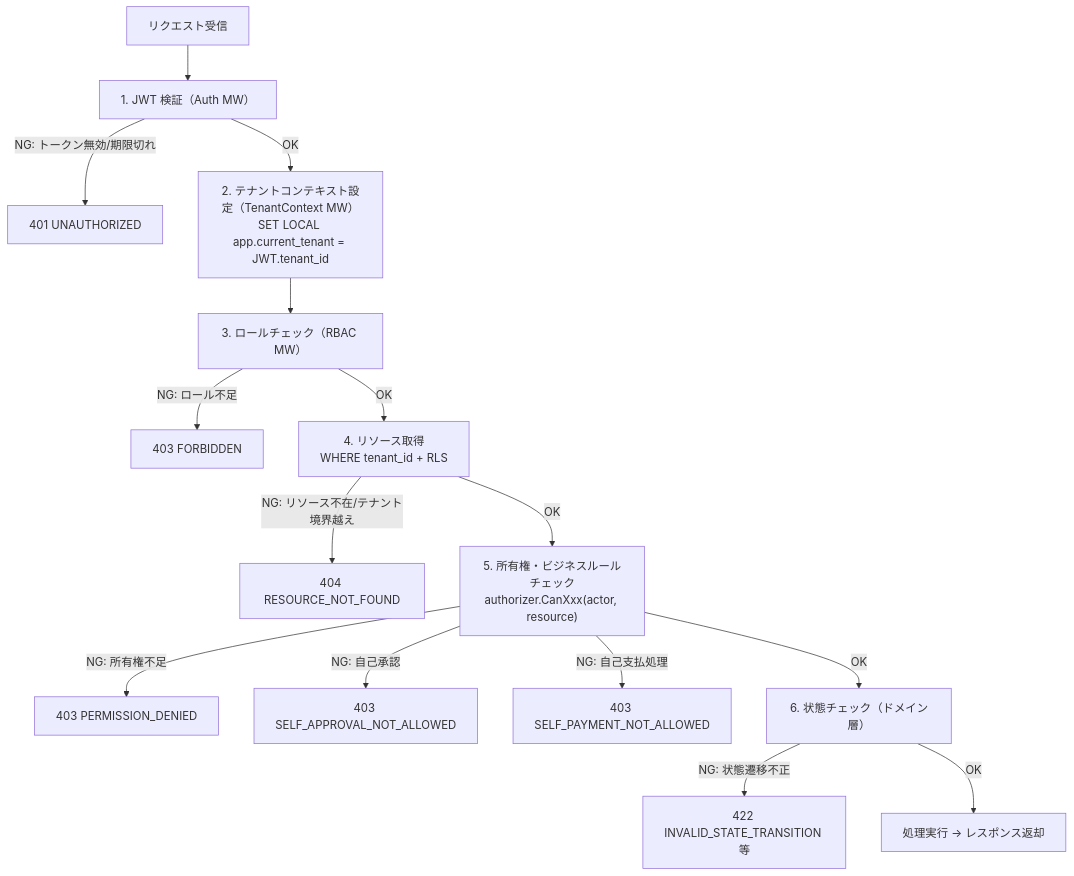
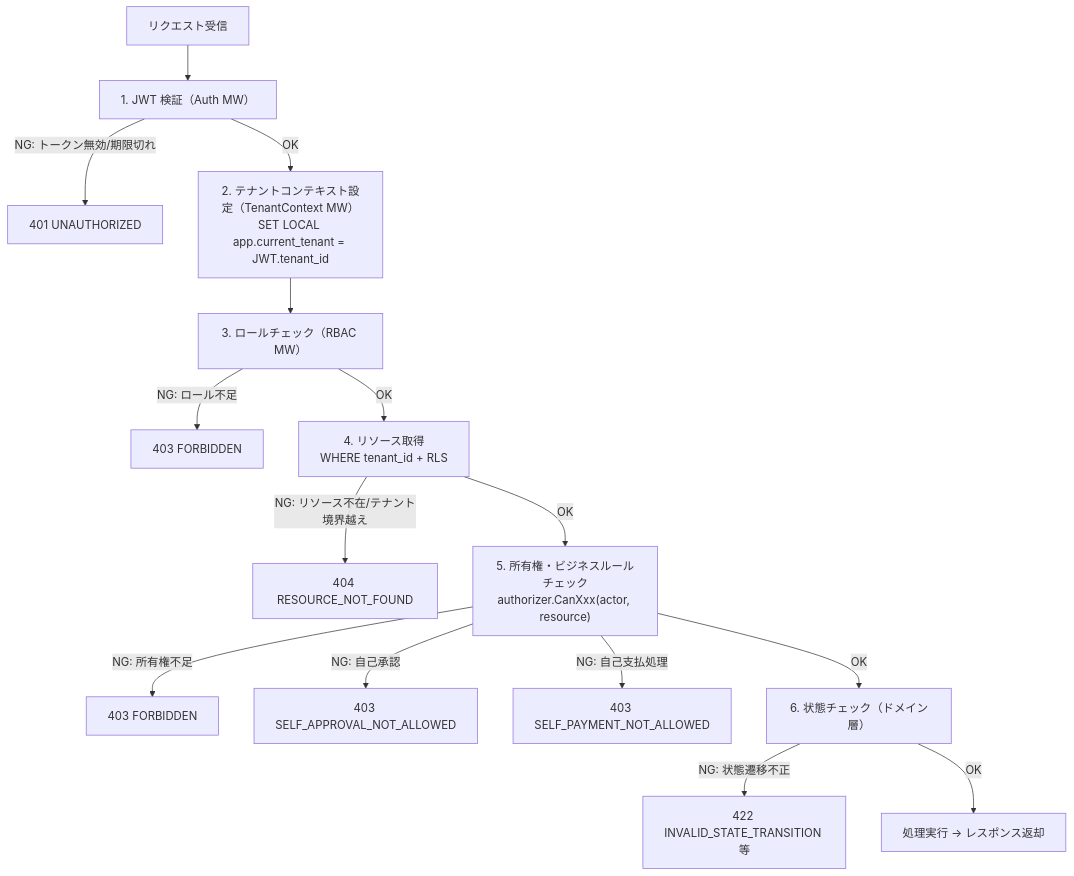
The second of 3 diagrams in deliverables/docs/50_detail_design/authz.md (atsuro128/dev-journal), drawn with Mermaid before and after one commit. The commit also changed other lines of this file and 9 other files, not shown here.

First line of the commit message:
fix: PERMISSION_DENIED を FORBIDDEN に統一（review-finding 051・上流 RBC-004 準拠）

````diff
--- a/deliverables/docs/50_detail_design/authz.md
+++ b/deliverables/docs/50_detail_design/authz.md
@@ -124,17 +124,17 @@
 ```mermaid
 flowchart TD
     START["リクエスト受信"] --> STEP1["1. JWT 検証（Auth MW）"]
     STEP1 -->|"NG: トークン無効/期限切れ"| R401["401 UNAUTHORIZED"]
     STEP1 -->|"OK"| STEP2["2. テナントコンテキスト設定（TenantContext MW）\nSET LOCAL app.current_tenant = JWT.tenant_id"]
     STEP2 --> STEP3["3. ロールチェック（RBAC MW）"]
     STEP3 -->|"NG: ロール不足"| R403_ROLE["403 FORBIDDEN"]
     STEP3 -->|"OK"| STEP4["4. リソース取得\nWHERE tenant_id + RLS"]
     STEP4 -->|"NG: リソース不在/テナント境界越え"| R404["404 RESOURCE_NOT_FOUND"]
     STEP4 -->|"OK"| STEP5["5. 所有権・ビジネスルールチェック\nauthorizer.CanXxx(actor, resource)"]
-    STEP5 -->|"NG: 所有権不足"| R403_OWN["403 PERMISSION_DENIED"]
+    STEP5 -->|"NG: 所有権不足"| R403_OWN["403 FORBIDDEN"]
     STEP5 -->|"NG: 自己承認"| R403_SELF_APPROVE["403 SELF_APPROVAL_NOT_ALLOWED"]
     STEP5 -->|"NG: 自己支払処理"| R403_SELF_PAY["403 SELF_PAYMENT_NOT_ALLOWED"]
     STEP5 -->|"OK"| STEP6["6. 状態チェック（ドメイン層）"]
     STEP6 -->|"NG: 状態遷移不正"| R422["422 INVALID_STATE_TRANSITION 等"]
     STEP6 -->|"OK"| SUCCESS["処理実行 -> レスポンス返却"]
 ```
````
